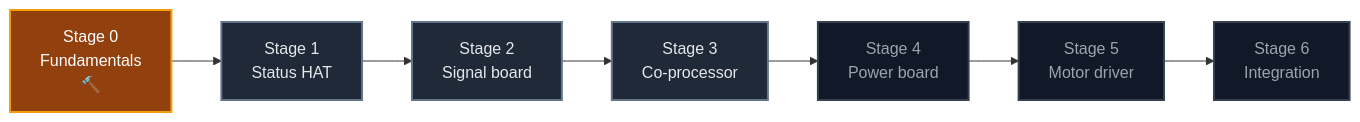
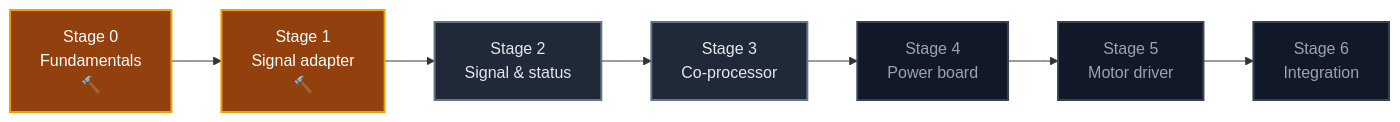
Before and after one commit to AndyChen227/RoverSpine: the diagram in README.md, drawn with Mermaid. The commit also changed other lines of this file and 11 other files, not shown here.

````diff
--- a/README.md
+++ b/README.md
@@ -95,16 +116,16 @@
 ```mermaid
 flowchart LR
-    S0["Stage 0<br/>Fundamentals<br/>🔨"] --> S1["Stage 1<br/>Status HAT"]
-    S1 --> S2["Stage 2<br/>Signal board"]
+    S0["Stage 0<br/>Fundamentals<br/>🔨"] --> S1["Stage 1<br/>Signal adapter<br/>🔨"]
+    S1 --> S2["Stage 2<br/>Signal & status"]
     S2 --> S3["Stage 3<br/>Co-processor"]
     S3 --> S4["Stage 4<br/>Power board"]
     S4 --> S5["Stage 5<br/>Motor driver"]
     S5 --> S6["Stage 6<br/>Integration"]
 
     classDef active fill:#92400e,color:#fff,stroke:#f59e0b,stroke-width:2px;
     classDef near fill:#1f2937,color:#e5e7eb,stroke:#64748b,stroke-width:2px;
     classDef far fill:#111827,color:#9ca3af,stroke:#374151,stroke-width:2px;
-    class S0 active;
-    class S1,S2,S3 near;
+    class S0,S1 active;
+    class S2,S3 near;
     class S4,S5,S6 far;
 ```
````
